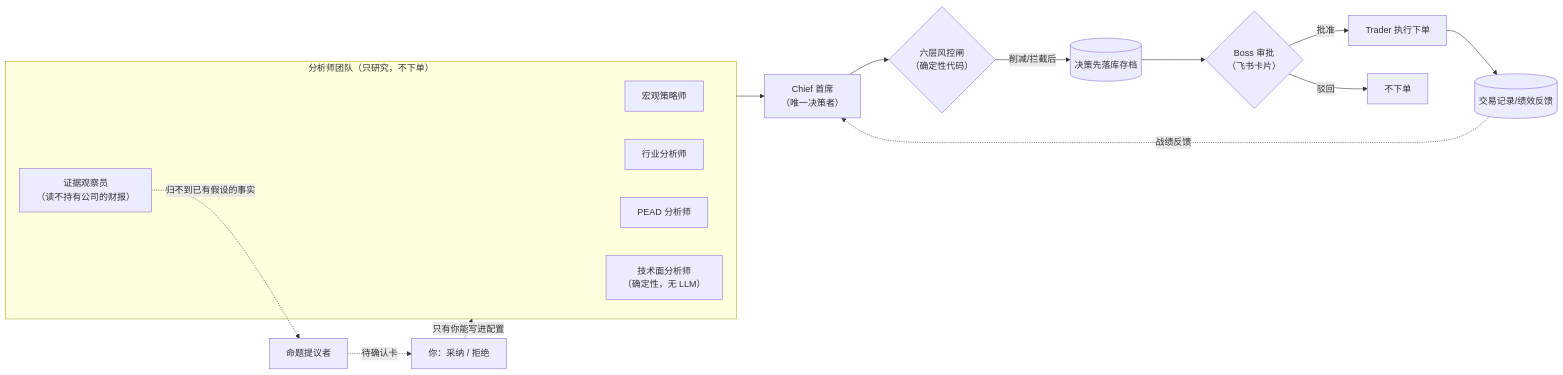
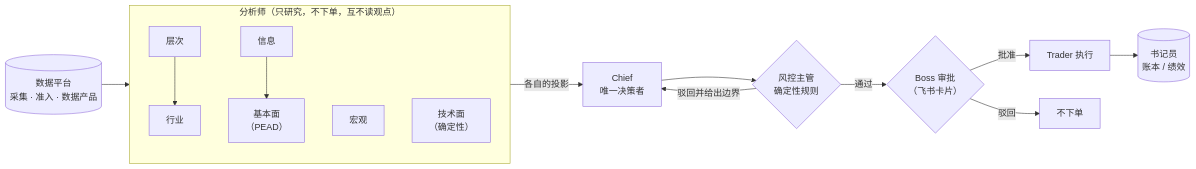
One commit to BradLeon/auto_stock_trading_agents changed the first of 2 diagrams in README.md. Above: the diagram before and after it, drawn with Mermaid. The commit also changed other lines of this file and 4 other files, not shown here.

````diff
--- a/README.md
+++ b/README.md
@@ -118,21 +120,18 @@
 ```mermaid
 flowchart LR
-    subgraph AN["分析师团队（只研究，不下单）"]
-        MA[宏观策略师]
-        SE[行业分析师]
-        PE[PEAD 分析师]
-        TE["技术面分析师<br/>（确定性，无 LLM）"]
-        EV["证据观察员<br/>（读不持有公司的财报）"]
+    DATA[("数据平台<br/>采集 · 准入 · 数据产品")]
+    subgraph AN["分析师（只研究，不下单，互不读观点）"]
+        LA[层次] --> SE[行业]
+        IN[信息] --> FU["基本面<br/>（PEAD）"]
+        MA[宏观]
+        TE["技术面<br/>（确定性）"]
     end
-    AN --> CH["Chief 首席<br/>（唯一决策者）"]
-    EV -."归不到已有假设的事实".-> PR["命题提议者"]
-    PR -.待确认卡.-> YOU["你：采纳 / 拒绝"]
-    YOU -.只有你能写进配置.-> AN
-    CH --> RG{"六层风控闸<br/>（确定性代码）"}
-    RG -->|"削减/拦截后"| PD[(决策先落库存档)]
-    PD --> BR{"Boss 审批<br/>（飞书卡片）"}
-    BR -->|批准| TR[Trader 执行下单]
+    DATA --> AN
+    AN -->|各自的投影| CH["Chief<br/>唯一决策者"]
+    CH --> RK{"风控主管<br/>确定性规则"}
+    RK -->|驳回并给出边界| CH
+    RK -->|通过| BR{"Boss 审批<br/>（飞书卡片）"}
+    BR -->|批准| TR[Trader 执行]
     BR -->|驳回| NO[不下单]
-    TR --> ML[(交易记录/绩效反馈)]
-    ML -.战绩反馈.-> CH
+    TR --> CL[(书记员<br/>账本 / 绩效)]
 ```
````
